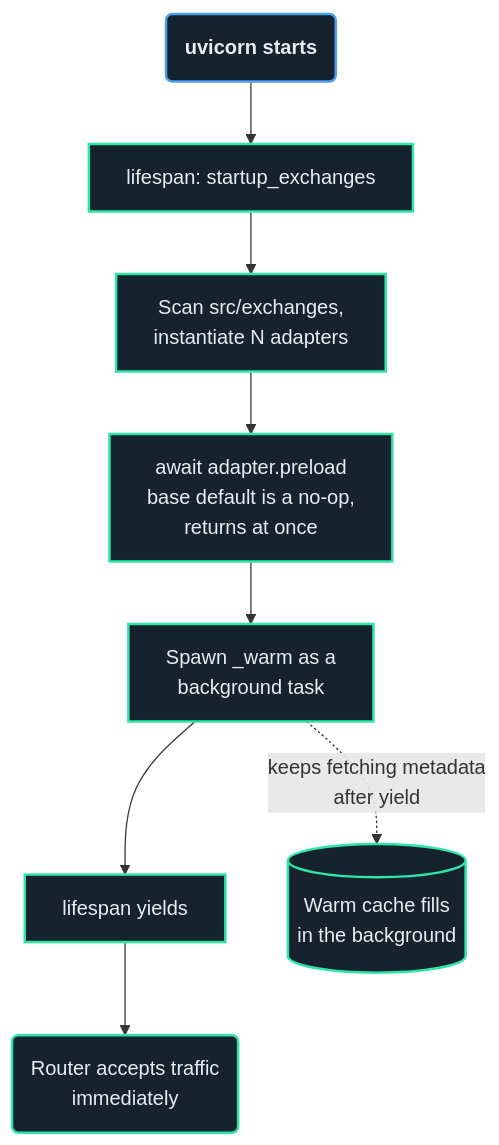
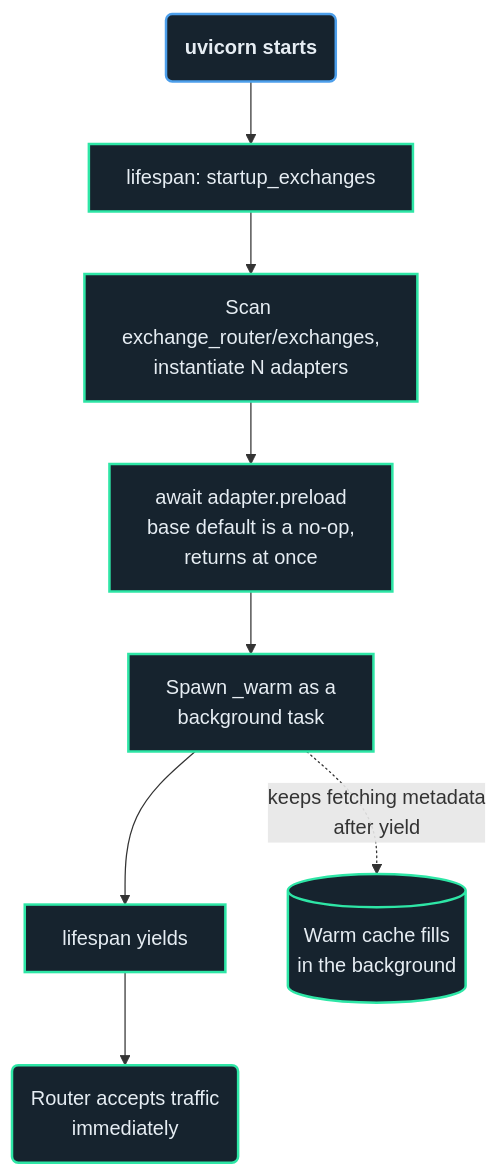
Before and after one commit to atOCEANO/exchange-router: the diagram in dev/diagrams/204648.mmd, drawn with Mermaid. The commit also changed 8 other files, not shown here.

Commit message:
docs: redraw the hero for two modes, add the two-backend diagram and fix a stale path in the startup one

```diff
--- a/dev/diagrams/204648.mmd
+++ b/dev/diagrams/204648.mmd
@@ -1,22 +1,22 @@
 flowchart TD
     U("<b>uvicorn starts</b>")
     L["lifespan: startup_exchanges"]
-    S["Scan src/exchanges,<br/>instantiate N adapters"]
+    S["Scan exchange_router/exchanges,<br/>instantiate N adapters"]
     P["await adapter.preload<br/>base default is a no-op,<br/>returns at once"]
     W["Spawn _warm as a<br/>background task"]
     Y["lifespan yields"]
     R("Router accepts traffic<br/>immediately")
     C[("Warm cache fills<br/>in the background")]
 
     U --> L
     L --> S
     S --> P
     P --> W
     W --> Y
     Y --> R
     W -. "keeps fetching metadata<br/>after yield" .-> C
 
     classDef entry fill:#16232e,stroke:#4d9feb,stroke-width:2px,color:#e6edf3
     classDef stage fill:#16232e,stroke:#2ee6a6,stroke-width:2px,color:#e6edf3
     class U entry
     class L,S,P,W,Y,R,C stage
```
